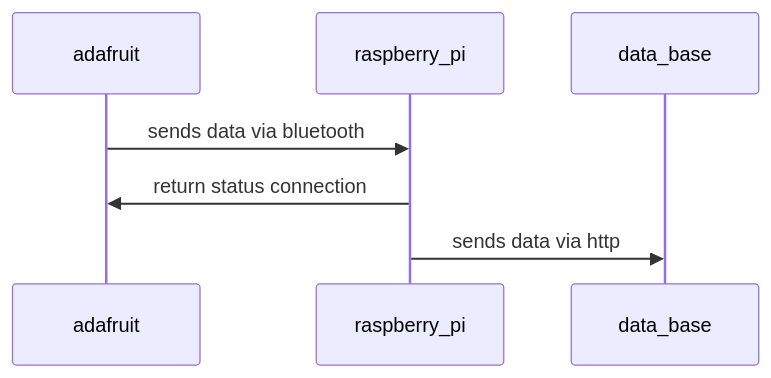
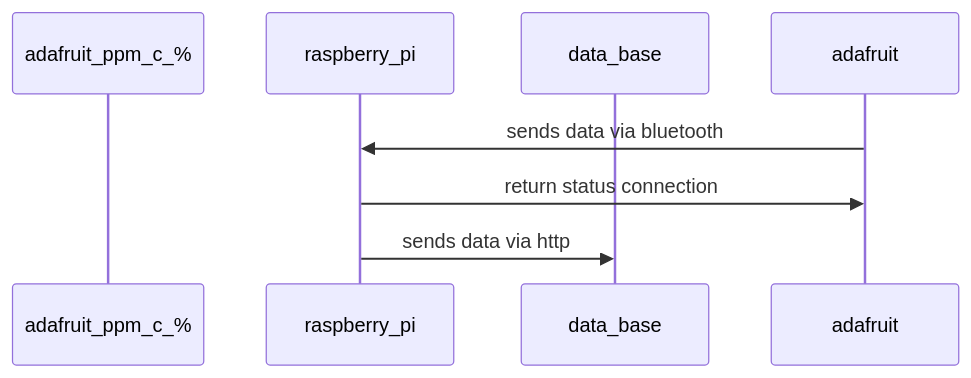
The diagram in abgabe_bericht/software_module_sequenzdiagramme/mainUnit.md (nicolarohner1337/smartclassroom), drawn with Mermaid before and after one commit.

````diff
--- a/abgabe_bericht/software_module_sequenzdiagramme/mainUnit.md
+++ b/abgabe_bericht/software_module_sequenzdiagramme/mainUnit.md
@@ -2,9 +2,9 @@
 ```mermaid
 sequenceDiagram
-    participant adafruit
+    participant adafruit_ppm_c_%
     participant raspberry_pi
     participant data_base
     adafruit->>raspberry_pi: sends data via bluetooth
     raspberry_pi->>adafruit: return status connection
     raspberry_pi->>data_base: sends data via http
 ```
````
